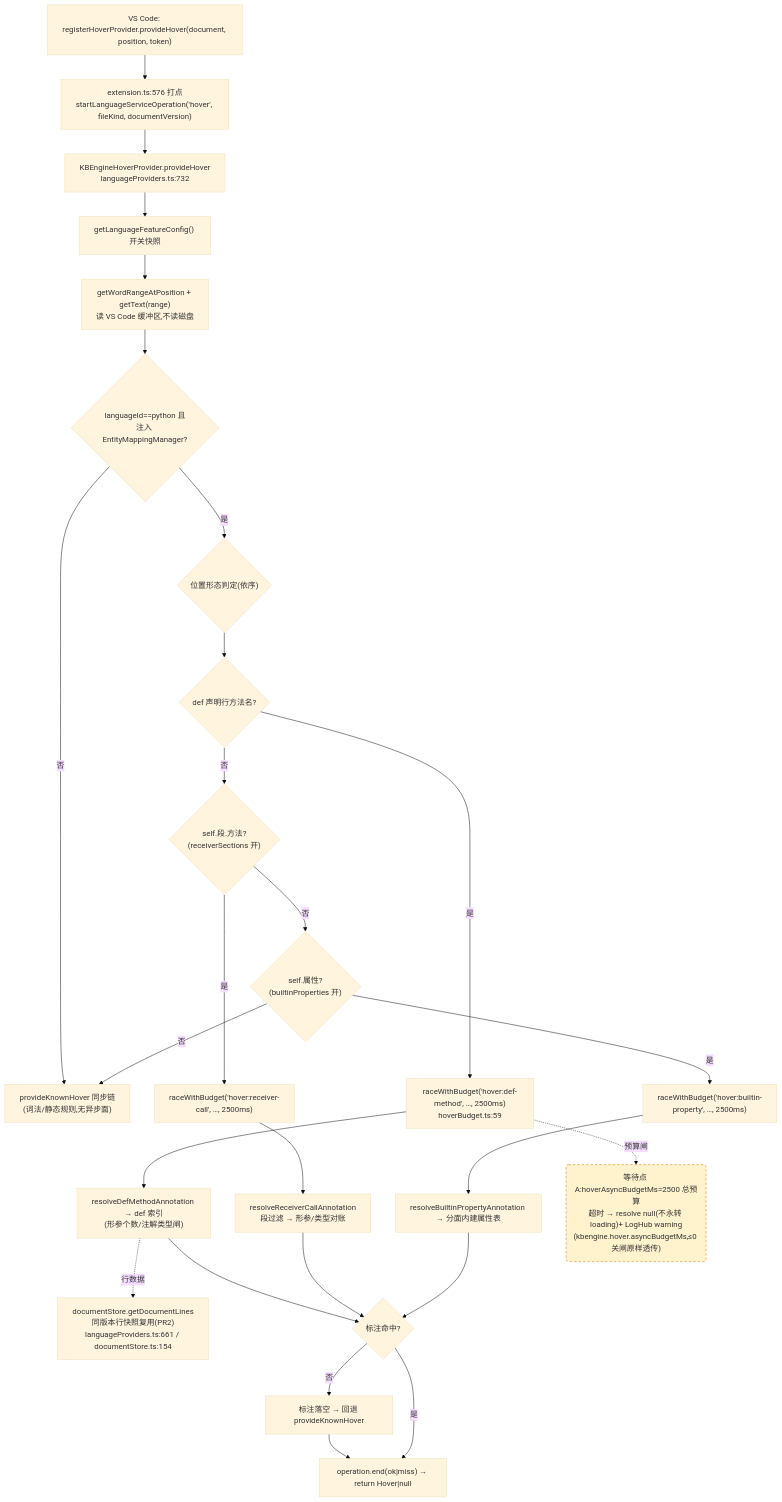
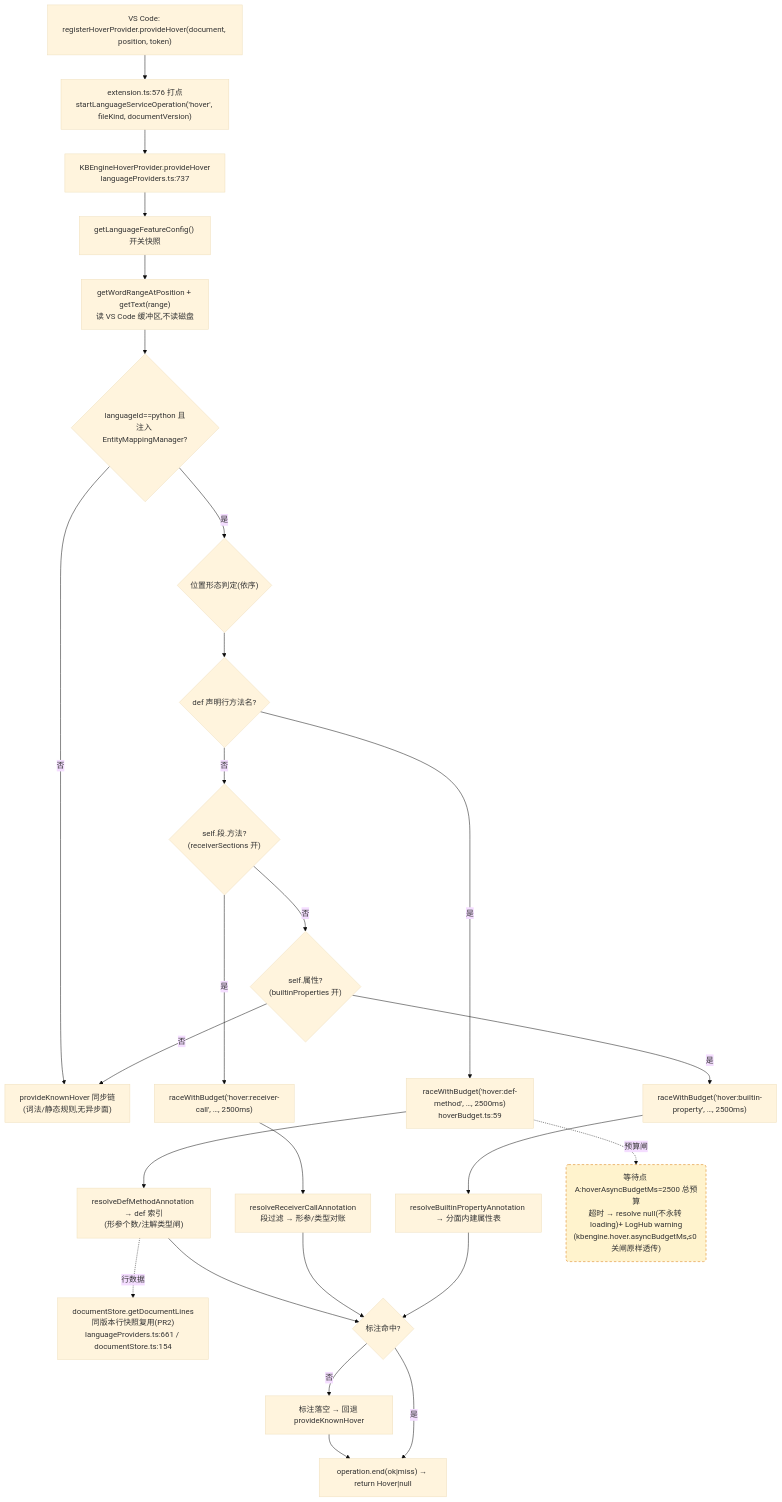
The first of 4 diagrams in docs/perf/2026-baseline.md (cuihairu/kode), drawn with Mermaid (base theme) before and after one commit. The commit also changed other lines of this file and 4 other files, not shown here.

````diff
--- a/docs/perf/2026-baseline.md
+++ b/docs/perf/2026-baseline.md
@@ -82,45 +82,45 @@
 ```mermaid
 flowchart TD
   VC1["VS Code: registerHoverProvider.provideHover(document, position, token)"]
   M1["extension.ts:576 打点<br/>startLanguageServiceOperation('hover', fileKind, documentVersion)"]
-  HP["KBEngineHoverProvider.provideHover<br/>languageProviders.ts:732"]
+  HP["KBEngineHoverProvider.provideHover<br/>languageProviders.ts:737"]
   CFG["getLanguageFeatureConfig() 开关快照"]
   WORD["getWordRangeAtPosition + getText(range)<br/>读 VS Code 缓冲区,不读磁盘"]
   BR{"languageId==python 且<br/>注入 EntityMappingManager?"}
   KN["provideKnownHover 同步链<br/>(词法/静态规则,无异步面)"]
   POS{"位置形态判定(依序)"}
   D1{"def 声明行方法名?"}
   D2{"self.段.方法?<br/>(receiverSections 开)"}
   D3{"self.属性?<br/>(builtinProperties 开)"}
   RA1["raceWithBudget('hover:def-method', …, 2500ms)<br/>hoverBudget.ts:59"]
   RA2["raceWithBudget('hover:receiver-call', …, 2500ms)"]
   RA3["raceWithBudget('hover:builtin-property', …, 2500ms)"]
   RS1["resolveDefMethodAnnotation → def 索引<br/>(形参个数/注解类型闸)"]
   RS2["resolveReceiverCallAnnotation<br/>段过滤 → 形参/类型对账"]
   RS3["resolveBuiltinPropertyAnnotation → 分面内建属性表"]
   LINES["documentStore.getDocumentLines<br/>同版本行快照复用(PR2)<br/>languageProviders.ts:661 / documentStore.ts:154"]
   MISS["标注落空 → 回退 provideKnownHover"]
   END1["operation.end(ok|miss) → return Hover|null"]
 
   VC1 --> M1 --> HP --> CFG --> WORD --> BR
   BR -- "否" --> KN
   BR -- "是" --> POS --> D1
   D1 -- "是" --> RA1 --> RS1
   D1 -- "否" --> D2
   D2 -- "是" --> RA2 --> RS2
   D2 -- "否" --> D3
   D3 -- "是" --> RA3 --> RS3
   D3 -- "否" --> KN
   RS1 --> HIT{"标注命中?"}
   RS2 --> HIT
   RS3 --> HIT
   RS1 -.->|行数据| LINES
   HIT -- "否" --> MISS --> END1
   HIT -- "是" --> END1
 
   WAITA("等待点 A:hoverAsyncBudgetMs=2500 总预算<br/>超时 → resolve null(不永转 loading)+ LogHub warning<br/>(kbengine.hover.asyncBudgetMs,≤0 关闸原样透传)")
   RA1 -.->|预算闸| WAITA
 
   classDef waitPoint fill:#fff3cd,stroke:#d97706,stroke-dasharray:5 4;
   class WAITA waitPoint;
 ```
````
